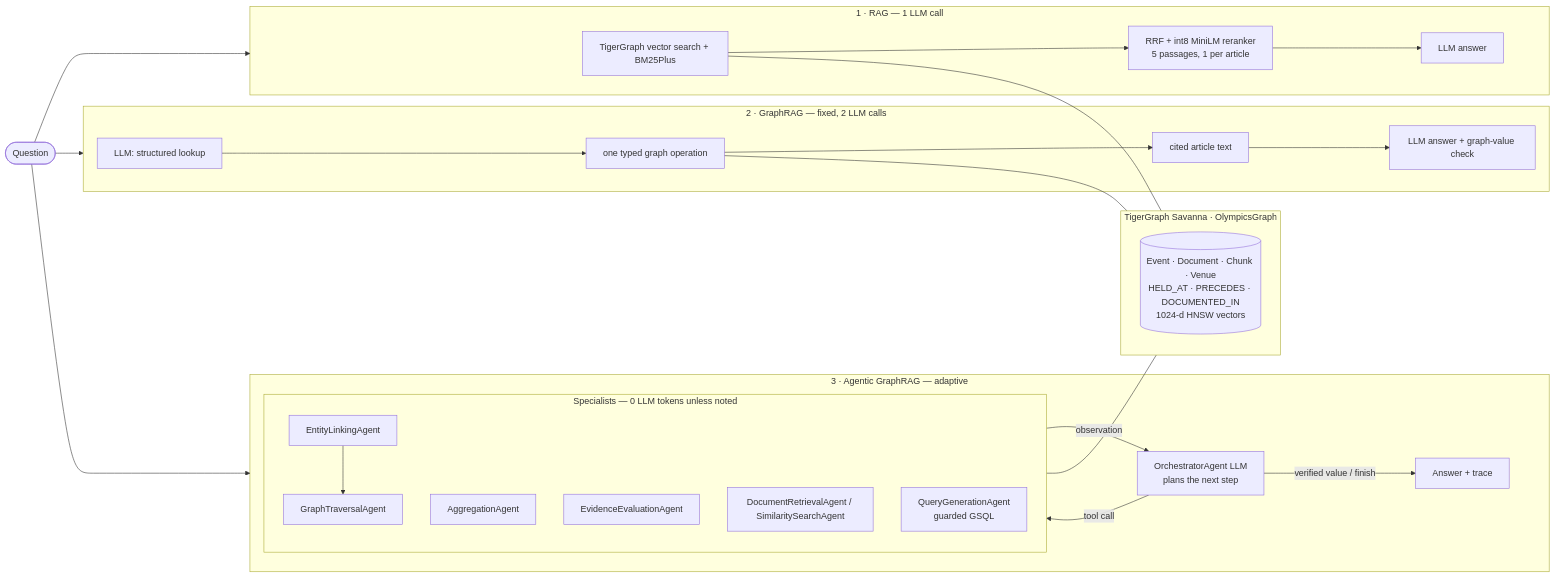
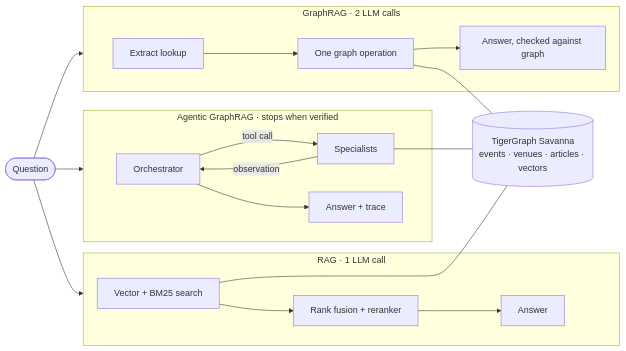
One commit to simon-derock/stellium changed the diagram in README.md. Above: the diagram before and after it, drawn with Mermaid. The commit also changed other lines of this file, not shown here.

````diff
--- a/README.md
+++ b/README.md
@@ -50,30 +88,20 @@
 ```mermaid
 flowchart LR
     Q([Question]) --> RAG & GR & AG
 
-    subgraph RAG [1 · RAG — 1 LLM call]
-        R1[TigerGraph vector search + BM25Plus] --> R2[RRF + int8 MiniLM reranker<br/>5 passages, 1 per article] --> R3[LLM answer]
+    subgraph RAG [RAG · 1 LLM call]
+        R1[Vector + BM25 search] --> R2[Rank fusion + reranker] --> R3[Answer]
     end
 
-    subgraph GR [2 · GraphRAG — fixed, 2 LLM calls]
-        G1[LLM: structured lookup] --> G2[one typed graph operation] --> G3[cited article text] --> G4[LLM answer + graph-value check]
+    subgraph GR [GraphRAG · 2 LLM calls]
+        G1[Extract lookup] --> G2[One graph operation] --> G3[Answer, checked against graph]
     end
 
-    subgraph AG [3 · Agentic GraphRAG — adaptive]
-        O[OrchestratorAgent LLM<br/>plans the next step] -->|tool call| T
+    subgraph AG [Agentic GraphRAG · stops when verified]
+        O[Orchestrator] -->|tool call| T[Specialists]
         T -->|observation| O
-        O -->|verified value / finish| A[Answer + trace]
-        subgraph T [Specialists — 0 LLM tokens unless noted]
-            EL[EntityLinkingAgent] --> GT[GraphTraversalAgent]
-            AGG[AggregationAgent]
-            EV[EvidenceEvaluationAgent]
-            DR[DocumentRetrievalAgent / SimilaritySearchAgent]
-            QG[QueryGenerationAgent<br/>guarded GSQL]
-        end
+        O --> A[Answer + trace]
     end
 
-    subgraph TG [TigerGraph Savanna · OlympicsGraph]
-        V[(Event · Document · Chunk · Venue<br/>HELD_AT · PRECEDES · DOCUMENTED_IN<br/>1024-d HNSW vectors)]
-    end
-    R1 & G2 & T --- TG
+    R1 & G2 & T --- TG[(TigerGraph Savanna<br/>events · venues · articles · vectors)]
 ```
````
